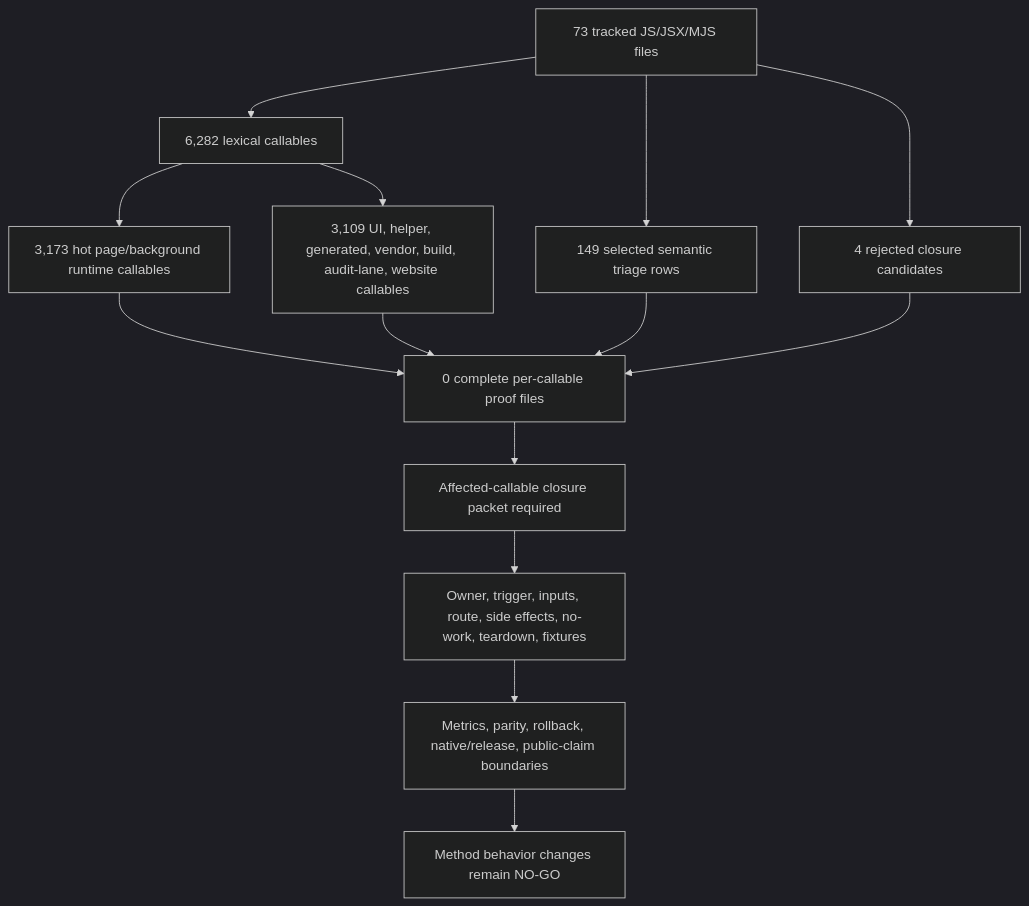
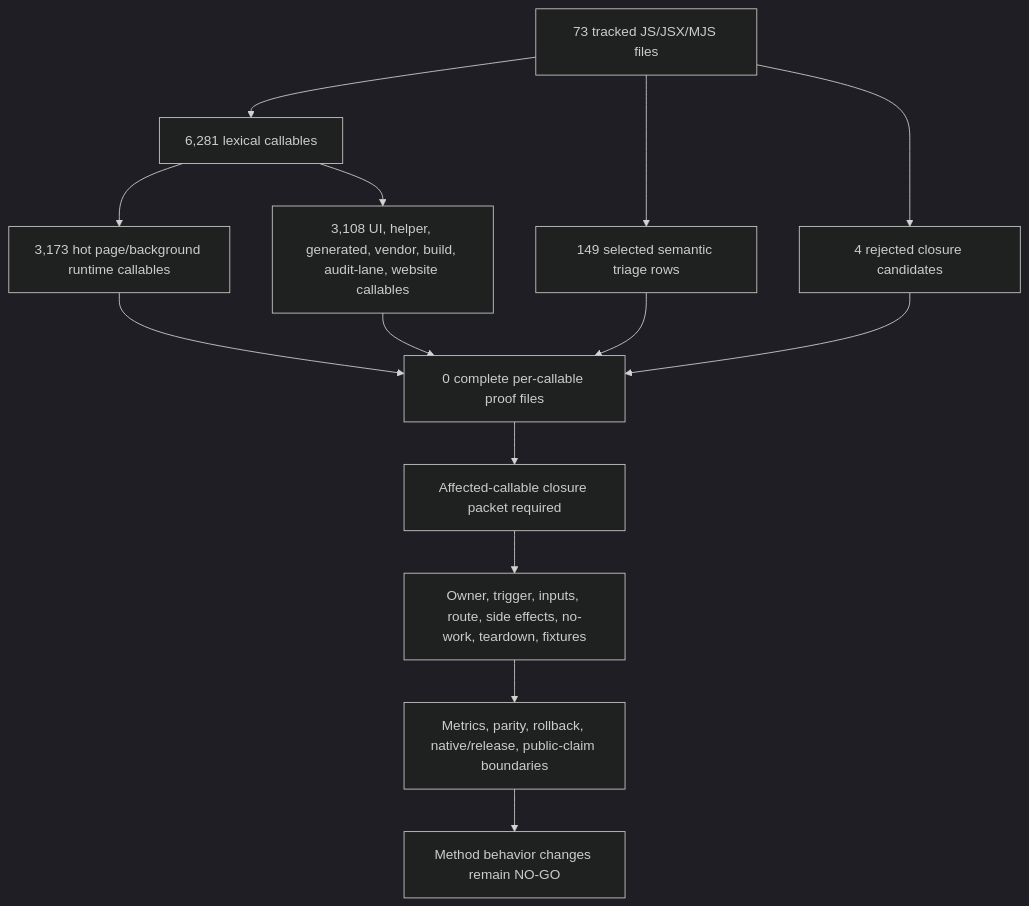
Before and after one commit to varshneydevansh/FilterTube: the first of 2 diagrams in docs/audit/FILTERTUBE_METHOD_SEMANTIC_PROOF_GAP_INDEX_CURRENT_BEHAVIOR_2026-05-25.md, drawn with Mermaid (dark theme). The commit also changed other lines of this file and 34 other files, not shown here.

````diff
--- a/docs/audit/FILTERTUBE_METHOD_SEMANTIC_PROOF_GAP_INDEX_CURRENT_BEHAVIOR_2026-05-25.md
+++ b/docs/audit/FILTERTUBE_METHOD_SEMANTIC_PROOF_GAP_INDEX_CURRENT_BEHAVIOR_2026-05-25.md
@@ -147,16 +147,16 @@
 ```mermaid
 flowchart TD
-  A["73 tracked JS/JSX/MJS files"] --> B["6,282 lexical callables"]
+  A["73 tracked JS/JSX/MJS files"] --> B["6,281 lexical callables"]
   B --> C["3,173 hot page/background runtime callables"]
-  B --> D["3,109 UI, helper, generated, vendor, build, audit-lane, website callables"]
+  B --> D["3,108 UI, helper, generated, vendor, build, audit-lane, website callables"]
   A --> E["149 selected semantic triage rows"]
   A --> F["4 rejected closure candidates"]
   C --> G["0 complete per-callable proof files"]
   D --> G
   E --> G
   F --> G
   G --> H["Affected-callable closure packet required"]
   H --> I["Owner, trigger, inputs, route, side effects, no-work, teardown, fixtures"]
   I --> J["Metrics, parity, rollback, native/release, public-claim boundaries"]
   J --> K["Method behavior changes remain NO-GO"]
 ```
````
